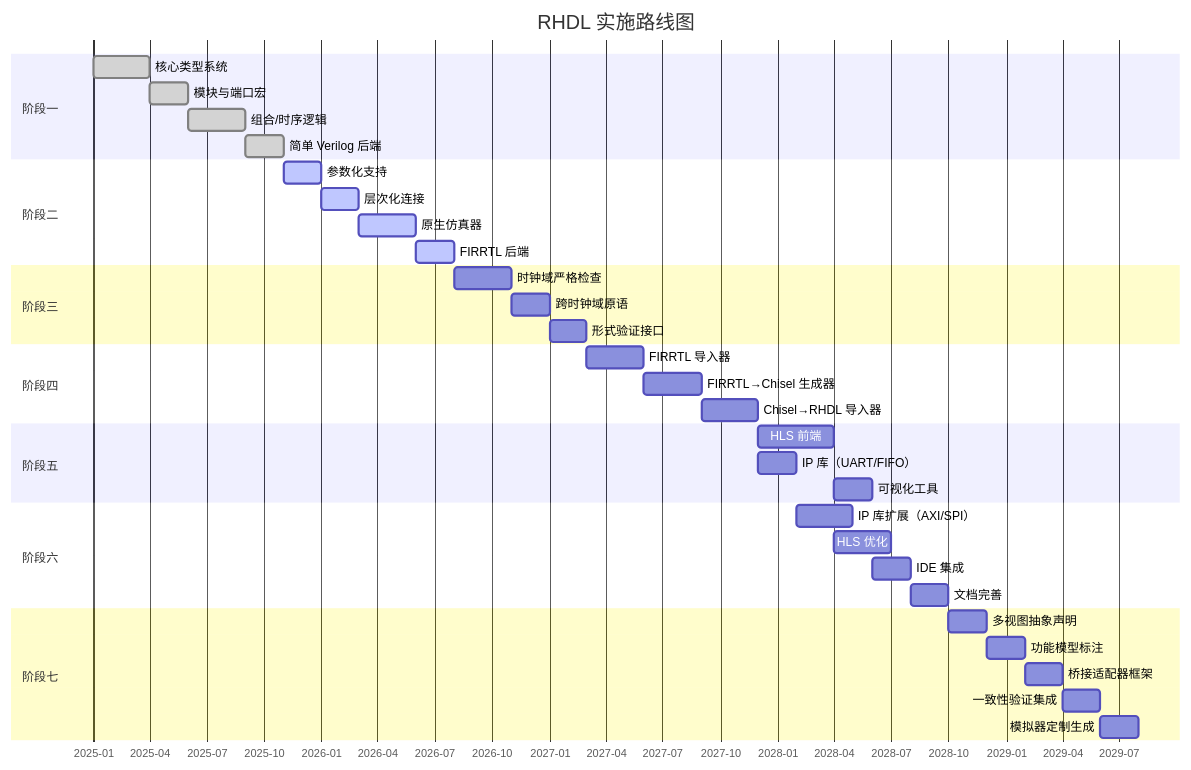
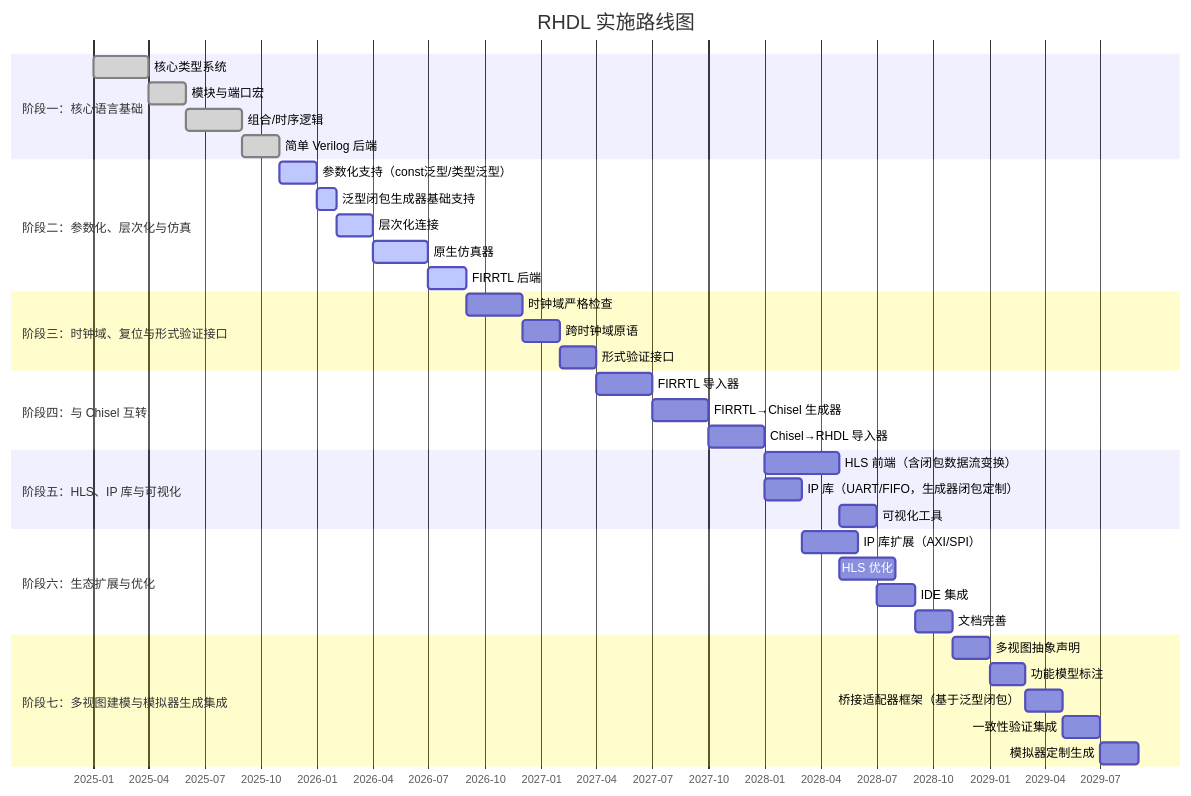
One commit to TangCan/bitloom changed the first of 11 diagrams in docs/requirements/19. 实施路线图.md. Above: the diagram before and after it, drawn with Mermaid. The commit also changed other lines of this file and 17 other files, not shown here.

````diff
--- a/docs/requirements/19. 实施路线图.md
+++ b/docs/requirements/19. 实施路线图.md
@@ -9,47 +7,47 @@
 ```mermaid
 gantt
     title RHDL 实施路线图
     dateFormat  YYYY-MM
     axisFormat  %Y-%m
 
-    section 阶段一
+    section 阶段一：核心语言基础
     核心类型系统           :done, a1, 2025-01, 3M
     模块与端口宏           :done, a2, after a1, 2M
     组合/时序逻辑          :done, a3, after a2, 3M
     简单 Verilog 后端      :done, a4, after a3, 2M
 
-    section 阶段二
-    参数化支持             :active, b1, after a4, 2M
-    层次化连接             :active, b2, after b1, 2M
-    原生仿真器             :active, b3, after b2, 3M
-    FIRRTL 后端            :active, b4, after b3, 2M
+    section 阶段二：参数化、层次化与仿真
+    参数化支持（const泛型/类型泛型）   :active, b1, after a4, 2M
+    泛型闭包生成器基础支持             :active, b1a, after b1, 1M
+    层次化连接                         :active, b2, after b1a, 2M
+    原生仿真器                         :active, b3, after b2, 3M
+    FIRRTL 后端                        :active, b4, after b3, 2M
 
-    section 阶段三
-    时钟域严格检查         :c1, after b4, 3M
-    跨时钟域原语           :c2, after c1, 2M
-    形式验证接口           :c3, after c2, 2M
+    section 阶段三：时钟域、复位与形式验证接口
+    时钟域严格检查                     :c1, after b4, 3M
+    跨时钟域原语                       :c2, after c1, 2M
+    形式验证接口                       :c3, after c2, 2M
 
-    section 阶段四
-    FIRRTL 导入器          :d1, after c3, 3M
-    FIRRTL→Chisel 生成器   :d2, after d1, 3M
-    Chisel→RHDL 导入器     :d3, after d2, 3M
+    section 阶段四：与 Chisel 互转
+    FIRRTL 导入器                      :d1, after c3, 3M
+    FIRRTL→Chisel 生成器               :d2, after d1, 3M
+    Chisel→RHDL 导入器                 :d3, after d2, 3M
 
-    section 阶段五
-    HLS 前端               :e1, after d3, 4M
-    IP 库（UART/FIFO）     :e2, after d3, 2M
-    可视化工具             :e3, after e1, 2M
+    section 阶段五：HLS、IP 库与可视化
+    HLS 前端（含闭包数据流变换）       :e1, after d3, 4M
+    IP 库（UART/FIFO，生成器闭包定制） :e2, after d3, 2M
+    可视化工具                         :e3, after e1, 2M
 
-    section 阶段六
-    IP 库扩展（AXI/SPI）   :f1, after e2, 3M
-    HLS 优化               :f2, after e1, 3M
-    IDE 集成               :f3, after e3, 2M
-    文档完善               :f4, after f3, 2M
+    section 阶段六：生态扩展与优化
+    IP 库扩展（AXI/SPI）               :f1, after e2, 3M
+    HLS 优化                           :f2, after e1, 3M
+    IDE 集成                           :f3, after e3, 2M
+    文档完善                           :f4, after f3, 2M
 
-    section 阶段七
-    多视图抽象声明         :g1, after f4, 2M
-    功能模型标注           :g2, after g1, 2M
-    桥接适配器框架         :g3, after g2, 2M
-    一致性验证集成         :g4, after g3, 2M
-    模拟器定制生成         :g5, after g4, 2M
-
+    section 阶段七：多视图建模与模拟器生成集成
+    多视图抽象声明                     :g1, after f4, 2M
+    功能模型标注                       :g2, after g1, 2M
+    桥接适配器框架（基于泛型闭包）     :g3, after g2, 2M
+    一致性验证集成                     :g4, after g3, 2M
+    模拟器定制生成                     :g5, after g4, 2M
 ```
````
